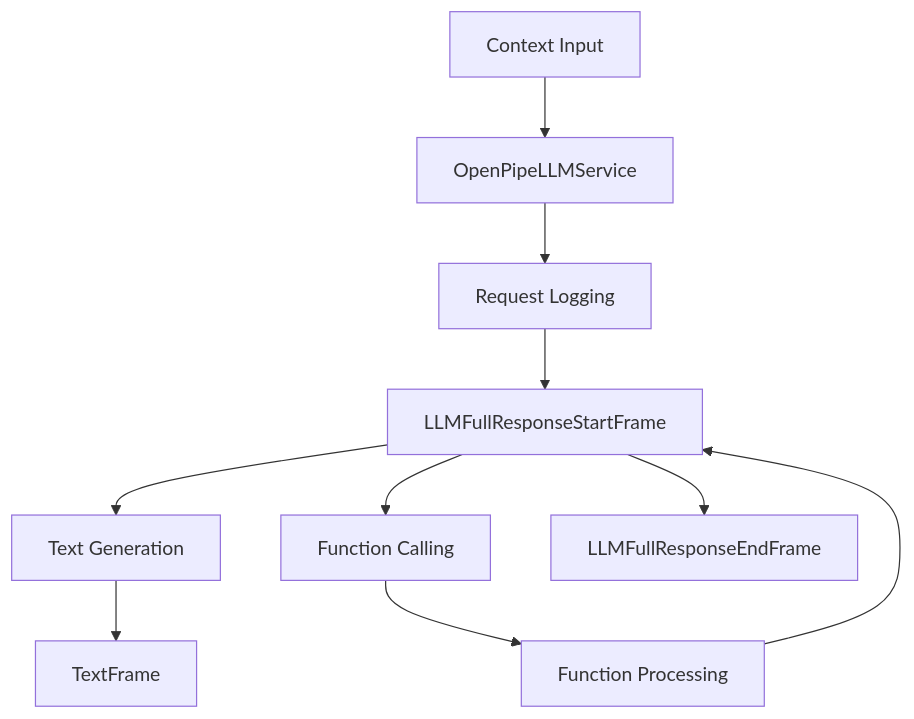
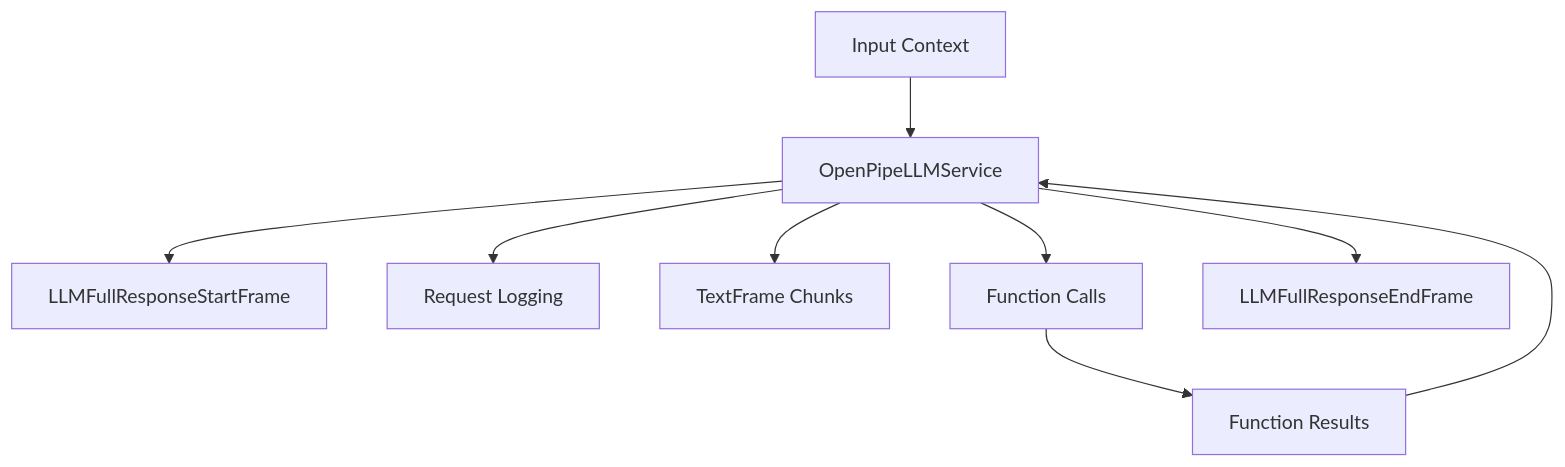
The diagram in api-reference/services/llm/openpipe.mdx (pipecat-ai/docs), drawn with Mermaid before and after one commit. The commit also changed 25 other files, not shown here.

Commit message:
Clean up Frame Flow diagrams

````diff
--- a/api-reference/services/llm/openpipe.mdx
+++ b/api-reference/services/llm/openpipe.mdx
@@ -126,12 +126,11 @@
 ```mermaid
 graph TD
-    A[Context Input] --> B[OpenPipeLLMService]
-    B --> C[Request Logging]
-    C --> D[LLMFullResponseStartFrame]
-    D --> E[Text Generation]
-    D --> F[Function Calling]
-    F --> G[Function Processing]
-    G --> D
-    E --> H[TextFrame]
-    D --> I[LLMFullResponseEndFrame]
+    A[Input Context] --> B[OpenPipeLLMService]
+    B --> C[LLMFullResponseStartFrame]
+    B --> D[Request Logging]
+    B --> E[TextFrame Chunks]
+    B --> F[Function Calls]
+    B --> G[LLMFullResponseEndFrame]
+    F --> H[Function Results]
+    H --> B
 ```
````
